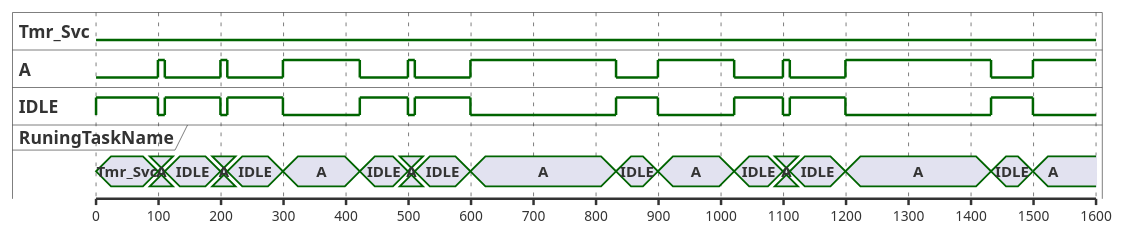
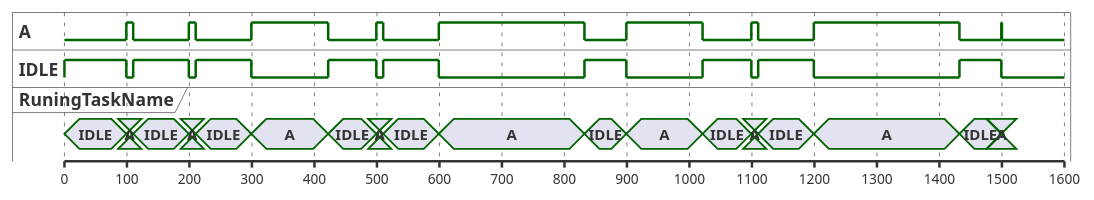
The diagram in training/02_Task_Control/2_vTaskDelayUntil/MyTrace.puml (steelpipe75/freertos_training), drawn with PlantUML before and after one commit. The commit also changed 2 other files, not shown here.

```diff
--- a/training/02_Task_Control/2_vTaskDelayUntil/MyTrace.puml
+++ b/training/02_Task_Control/2_vTaskDelayUntil/MyTrace.puml
@@ -1,106 +1,103 @@
 @startuml
-binary "Tmr_Svc" as Tmr_Svc
 binary "A" as A
 binary "IDLE" as IDLE
 concise "RuningTaskName" as RuningTaskName
 
 scale 100 as 50 pixels
 
 @0
-Tmr_Svc is high
-RuningTaskName is Tmr_Svc
-Tmr_Svc is low
-A is high
-RuningTaskName is A
 A is low
 IDLE is high
 RuningTaskName is IDLE
 
 @99
 IDLE is low
 A is high
 RuningTaskName is A
 
 @110
 A is low
 IDLE is high
 RuningTaskName is IDLE
 
 @199
 IDLE is low
 A is high
 RuningTaskName is A
 
 @210
 A is low
 IDLE is high
 RuningTaskName is IDLE
 
 @299
 IDLE is low
 A is high
 RuningTaskName is A
 
 @422
 A is low
 IDLE is high
 RuningTaskName is IDLE
 
 @499
 IDLE is low
 A is high
 RuningTaskName is A
 
 @510
 A is low
 IDLE is high
 RuningTaskName is IDLE
 
 @599
 IDLE is low
 A is high
 RuningTaskName is A
 
 @832
 A is low
 IDLE is high
 RuningTaskName is IDLE
 
 @899
 IDLE is low
 A is high
 RuningTaskName is A
 
 @1021
 A is low
 IDLE is high
 RuningTaskName is IDLE
 
 @1099
 IDLE is low
 A is high
 RuningTaskName is A
 
 @1110
 A is low
 IDLE is high
 RuningTaskName is IDLE
 
 @1199
 IDLE is low
 A is high
 RuningTaskName is A
 
 @1432
 A is low
 IDLE is high
 RuningTaskName is IDLE
 
 @1499
 IDLE is low
 A is high
 RuningTaskName is A
 
 @1500
+IDLE is {hidden}
+A is {hidden}
+RuningTaskName is {hidden}
 
 @enduml
```
